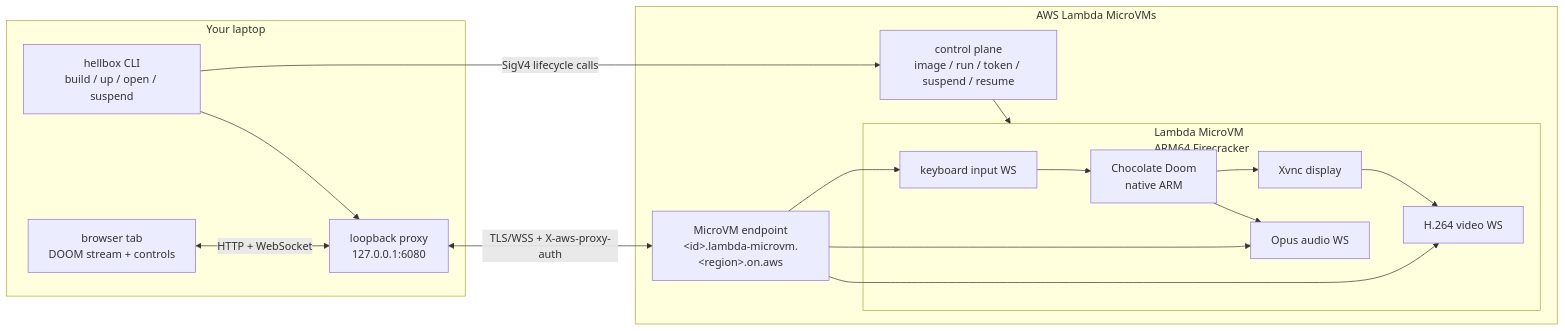
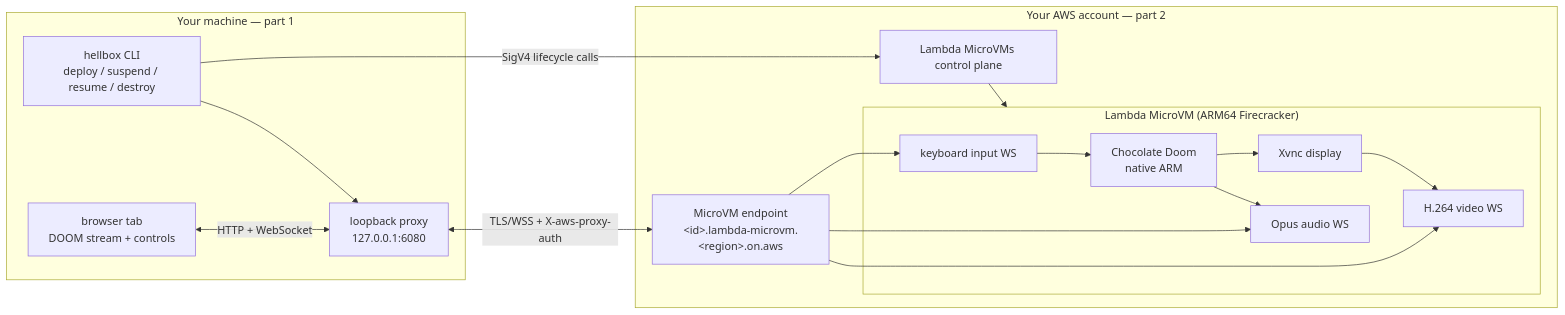
The diagram in README.md (somoore/hellbox), drawn with Mermaid before and after one commit. The commit also changed other lines of this file and 12 other files, not shown here.

First line of the commit message:
feat: the binary owns the whole deployment — hellbox deploy/destroy

````diff
--- a/README.md
+++ b/README.md
@@ -114,35 +113,35 @@
 ```mermaid
 flowchart LR
-    subgraph LAPTOP["Your laptop"]
-        CLI["hellbox CLI<br/>build / up / open / suspend"]
+    subgraph LAPTOP["Your machine — part 1"]
+        CLI["hellbox CLI<br/>deploy / suspend / resume / destroy"]
         PROXY["loopback proxy<br/>127.0.0.1:6080"]
         BROWSER["browser tab<br/>DOOM stream + controls"]
         CLI --> PROXY
         BROWSER <-->|HTTP + WebSocket| PROXY
     end
 
-    subgraph AWS["AWS Lambda MicroVMs"]
-        CONTROL["control plane<br/>image / run / token / suspend / resume"]
+    subgraph AWS["Your AWS account — part 2"]
+        CONTROL["Lambda MicroVMs control plane"]
         ENDPOINT["MicroVM endpoint<br/>&lt;id&gt;.lambda-microvm.&lt;region&gt;.on.aws"]
 
-        subgraph MICROVM["Lambda MicroVM<br/>ARM64 Firecracker"]
+        subgraph MICROVM["Lambda MicroVM (ARM64 Firecracker)"]
             DOOM["Chocolate Doom<br/>native ARM"]
             DISPLAY["Xvnc display"]
             VIDEO["H.264 video WS"]
             AUDIO["Opus audio WS"]
             INPUT["keyboard input WS"]
             DOOM --> DISPLAY
             DISPLAY --> VIDEO
             DOOM --> AUDIO
             INPUT --> DOOM
         end
 
         CONTROL --> MICROVM
         ENDPOINT --> VIDEO
         ENDPOINT --> AUDIO
         ENDPOINT --> INPUT
     end
 
     CLI -->|SigV4 lifecycle calls| CONTROL
     PROXY <-->|TLS/WSS + X-aws-proxy-auth| ENDPOINT
 ```
````
